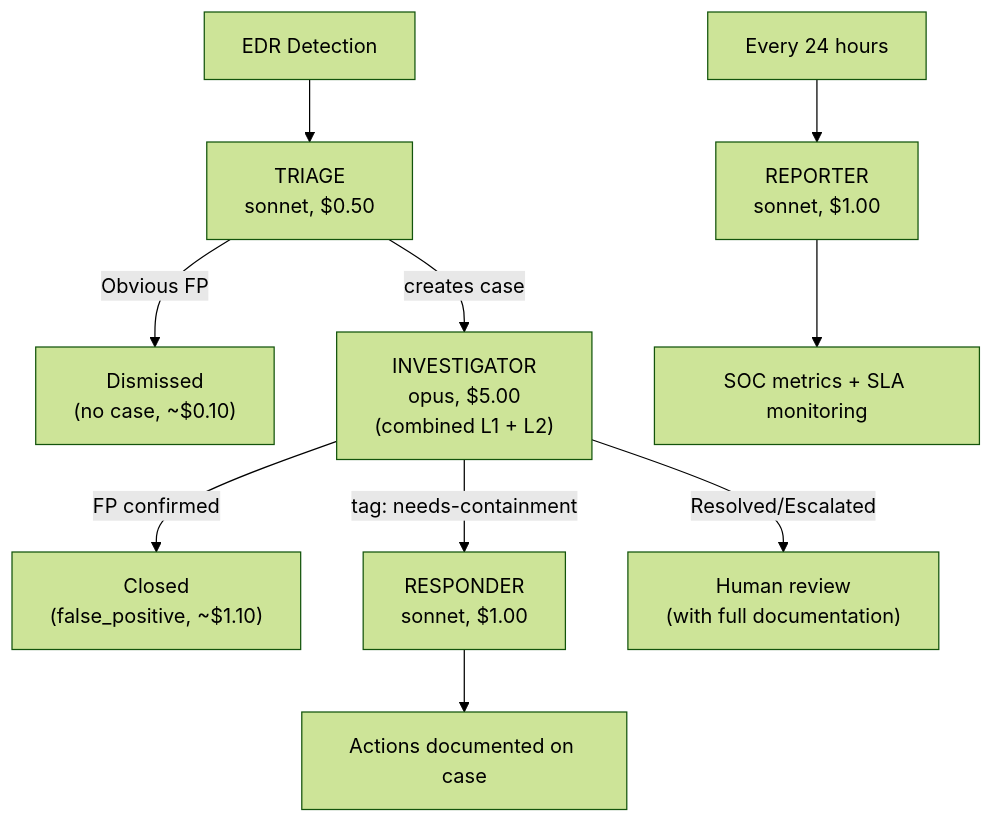
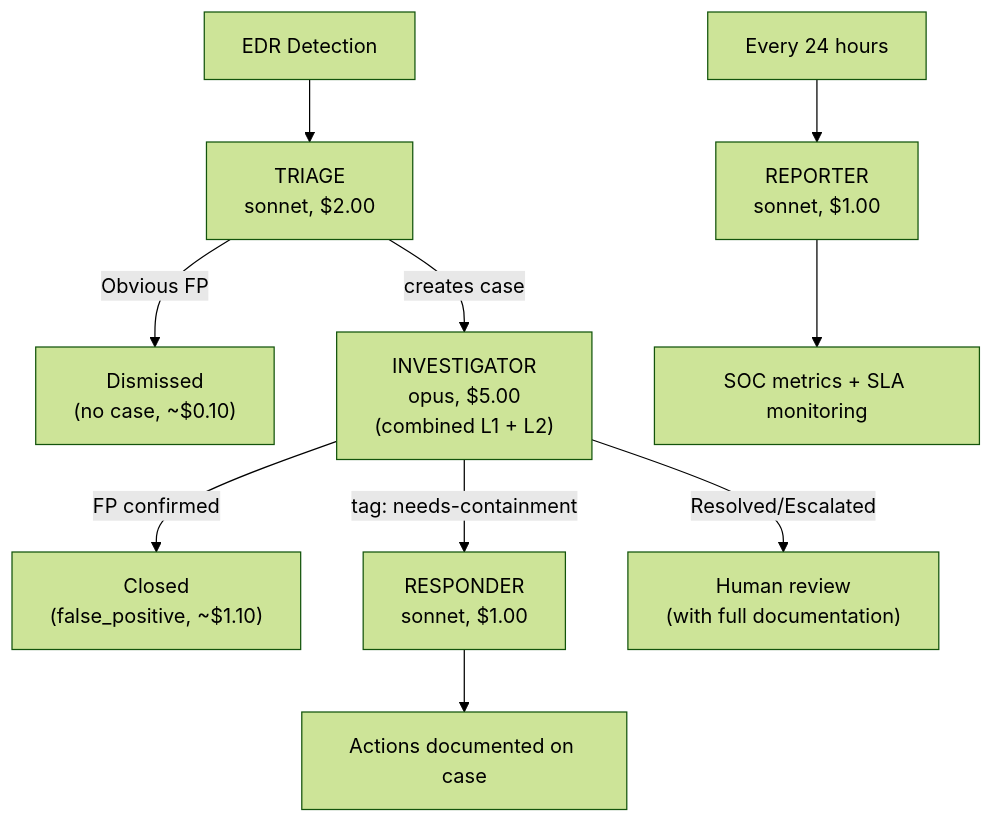
Before and after one commit to lc-cbot/lc-ai: the diagram in ai-teams/lean-soc/README.md, drawn with Mermaid (forest theme). The commit also changed other lines of this file and 5 other files, not shown here.

````diff
--- a/ai-teams/lean-soc/README.md
+++ b/ai-teams/lean-soc/README.md
@@ -7,13 +7,13 @@
 ```mermaid
 flowchart TD
-    det[EDR Detection] --> triage["TRIAGE<br/>sonnet, $0.50"]
+    det[EDR Detection] --> triage["TRIAGE<br/>sonnet, $2.00"]
     triage -->|Obvious FP| dismissed["Dismissed<br/>(no case, ~$0.10)"]
     triage -->|creates case| inv["INVESTIGATOR<br/>opus, $5.00<br/>(combined L1 + L2)"]
     inv -->|FP confirmed| closed["Closed<br/>(false_positive, ~$1.10)"]
     inv -->|"tag: needs-containment"| resp["RESPONDER<br/>sonnet, $1.00"]
     resp --> actions[Actions documented on case]
     inv -->|Resolved/Escalated| human["Human review<br/>(with full documentation)"]
 
     schedule["Every 24 hours"] --> reporter["REPORTER<br/>sonnet, $1.00"]
     reporter --> metrics[SOC metrics + SLA monitoring]
 ```
````
